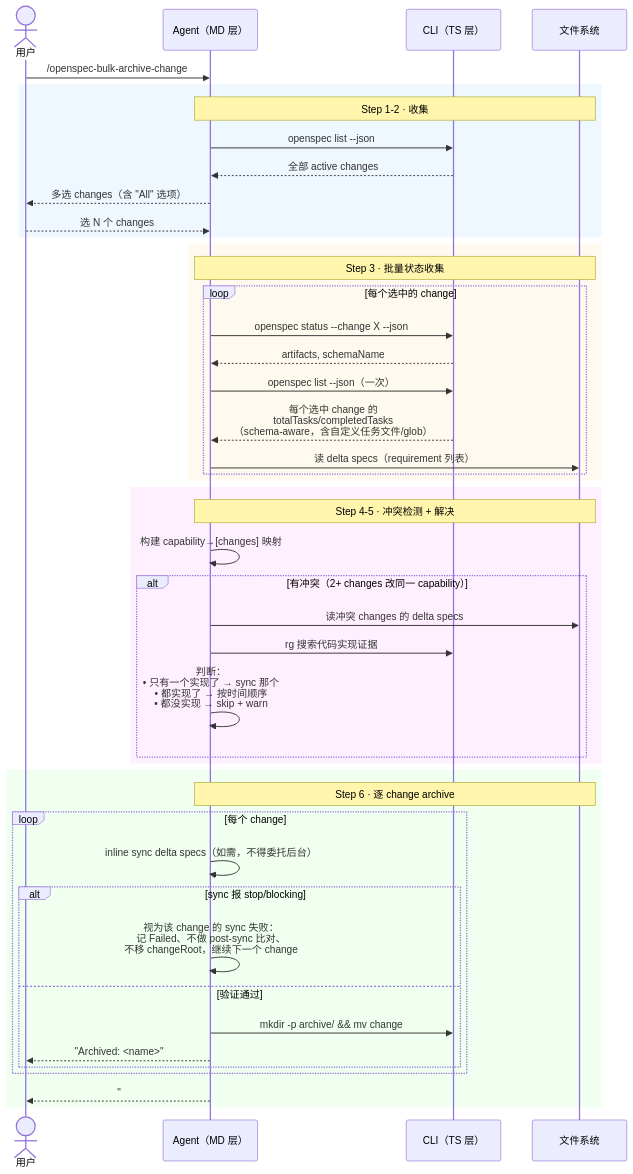
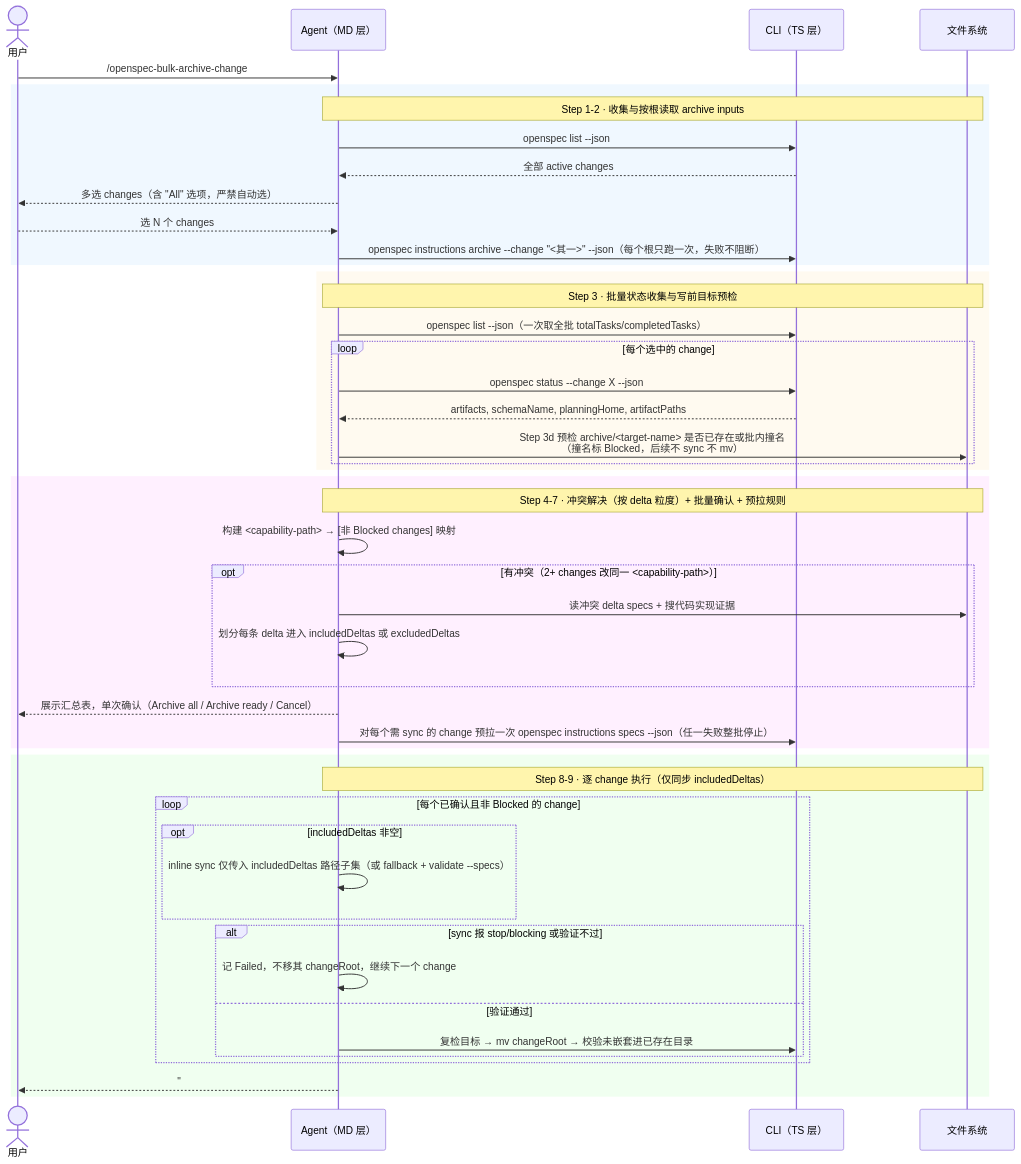
One commit to ethan-jiang-3/OpenSpec changed the diagram in _digested/workflows/10-bulk-archive.md. Above: the diagram before and after it, drawn with Mermaid. The commit also changed other lines of this file and 190 other files, not shown here.

````diff
--- a/_digested/workflows/10-bulk-archive.md
+++ b/_digested/workflows/10-bulk-archive.md
@@ -44,52 +52,54 @@
 ```mermaid
 sequenceDiagram
     actor User as 用户
     participant MD as Agent（MD 层）
     participant TS as CLI（TS 层）
     participant FS as 文件系统
 
     User->>MD: /openspec-bulk-archive-change
 
     rect rgb(240, 248, 255)
-        Note over MD,FS: Step 1-2 · 收集
+        Note over MD,FS: Step 1-2 · 收集与按根读取 archive inputs
         MD->>TS: openspec list --json
         TS-->>MD: 全部 active changes
-        MD-->>User: 多选 changes（含 "All" 选项）
+        MD-->>User: 多选 changes（含 "All" 选项，严禁自动选）
         User-->>MD: 选 N 个 changes
+        MD->>TS: openspec instructions archive --change "<其一>" --json（每个根只跑一次，失败不阻断）
     end
 
     rect rgb(255, 250, 240)
-        Note over MD,FS: Step 3 · 批量状态收集
+        Note over MD,FS: Step 3 · 批量状态收集与写前目标预检
+        MD->>TS: openspec list --json（一次取全批 totalTasks/completedTasks）
         loop 每个选中的 change
             MD->>TS: openspec status --change X --json
-            TS-->>MD: artifacts, schemaName
-            MD->>TS: openspec list --json（一次）
-            TS-->>MD: 每个选中 change 的<br/>totalTasks/completedTasks<br/>（schema-aware，含自定义任务文件/glob）
-            MD->>FS: 读 delta specs（requirement 列表）
+            TS-->>MD: artifacts, schemaName, planningHome, artifactPaths
+            MD->>FS: Step 3d 预检 archive/<target-name> 是否已存在或批内撞名<br/>（撞名标 Blocked，后续不 sync 不 mv）
         end
     end
 
     rect rgb(255, 240, 255)
-        Note over MD,FS: Step 4-5 · 冲突检测 + 解决
-        MD->>MD: 构建 capability→[changes] 映射
-        alt 有冲突（2+ changes 改同一 capability）
-            MD->>FS: 读冲突 changes 的 delta specs
-            MD->>TS: rg 搜索代码实现证据
-            MD->>MD: 判断：<br/>• 只有一个实现了 → sync 那个<br/>• 都实现了 → 按时间顺序<br/>• 都没实现 → skip + warn
+        Note over MD,FS: Step 4-7 · 冲突解决（按 delta 粒度）+ 批量确认 + 预拉规则
+        MD->>MD: 构建 <capability-path> → [非 Blocked changes] 映射
+        opt 有冲突（2+ changes 改同一 <capability-path>）
+            MD->>FS: 读冲突 delta specs + 搜代码实现证据
+            MD->>MD: 划分每条 delta 进入 includedDeltas 或 excludedDeltas
         end
+        MD-->>User: 展示汇总表，单次确认（Archive all / Archive ready / Cancel）
+        MD->>TS: 对每个需 sync 的 change 预拉一次 openspec instructions specs --json（任一失败整批停止）
     end
 
     rect rgb(240, 255, 240)
-        Note over MD,FS: Step 6 · 逐 change archive
-        loop 每个 change
-            MD->>MD: inline sync delta specs（如需，不得委托后台）
-            alt sync 报 stop/blocking
-                MD->>MD: 视为该 change 的 sync 失败：<br/>记 Failed、不做 post-sync 比对、<br/>不移 changeRoot，继续下一个 change
+        Note over MD,FS: Step 8-9 · 逐 change 执行（仅同步 includedDeltas）
+        loop 每个已确认且非 Blocked 的 change
+            opt includedDeltas 非空
+                MD->>MD: inline sync 仅传入 includedDeltas 路径子集（或 fallback + validate --specs）
+            end
+            alt sync 报 stop/blocking 或验证不过
+                MD->>MD: 记 Failed，不移其 changeRoot，继续下一个 change
             else 验证通过
-                MD->>TS: mkdir -p archive/ && mv change
-                MD-->>User: "Archived: <name>"
+                MD->>TS: 复检目标 → mv changeRoot → 校验未嵌套进已存在目录
             end
         end
-        MD-->>User: "## Bulk Archive Complete<br/>N changes archived<br/>Conflicts resolved: M"
+        MD-->>User: "## Bulk Archive Complete（excludedDeltas 单列 sync skipped）"
     end
 ```
````
